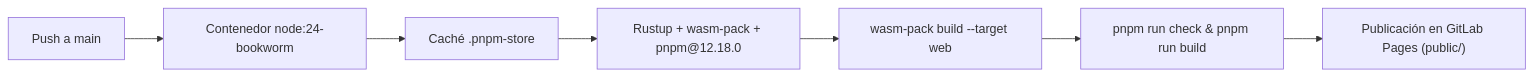
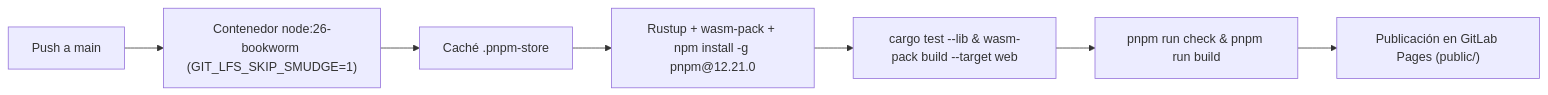
Before and after one commit to farsep/utec-scheduler: the second of 2 diagrams in README.md, drawn with Mermaid. The commit also changed other lines of this file and 7 other files, not shown here.

````diff
--- a/README.md
+++ b/README.md
@@ -321,9 +325,9 @@
 ```mermaid
 flowchart LR
-    A["Push a main"] --> B["Contenedor node:24-bookworm"]
+    A["Push a main"] --> B["Contenedor node:26-bookworm (GIT_LFS_SKIP_SMUDGE=1)"]
     B --> C["Caché .pnpm-store"]
-    C --> D["Rustup + wasm-pack + pnpm@12.18.0"]
-    D --> E["wasm-pack build --target web"]
+    C --> D["Rustup + wasm-pack + npm install -g pnpm@12.21.0"]
+    D --> E["cargo test --lib & wasm-pack build --target web"]
     E --> F["pnpm run check & pnpm run build"]
     F --> G["Publicación en GitLab Pages (public/)"]
 ```
````
